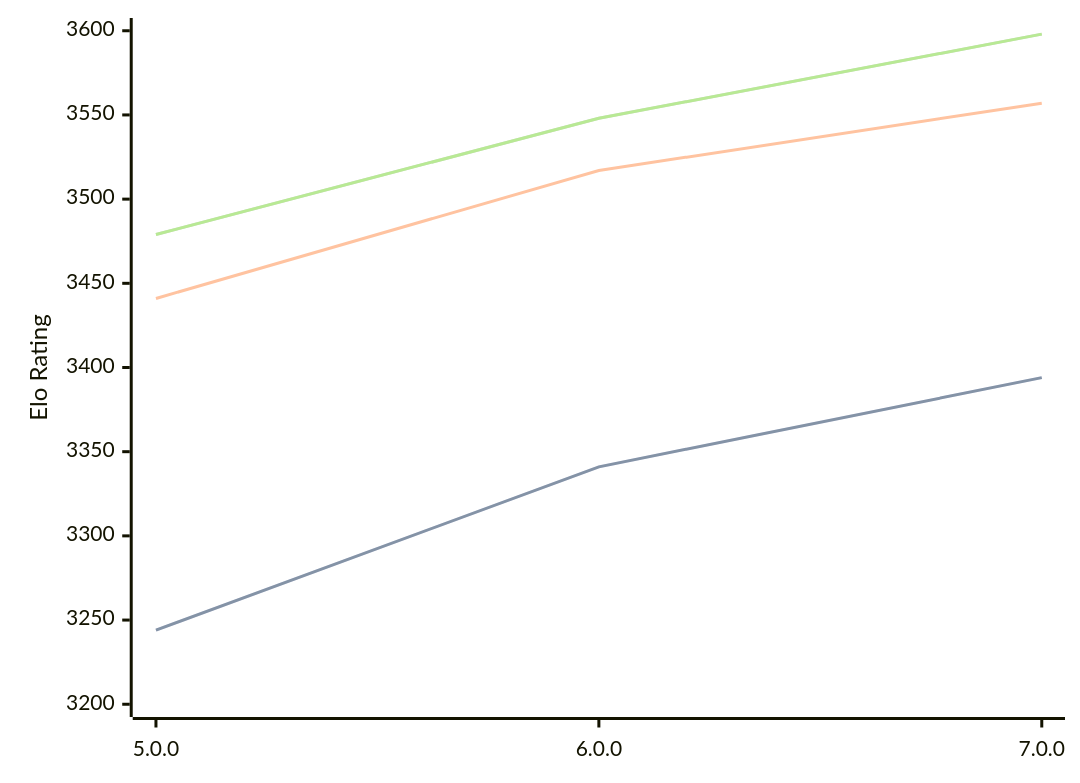
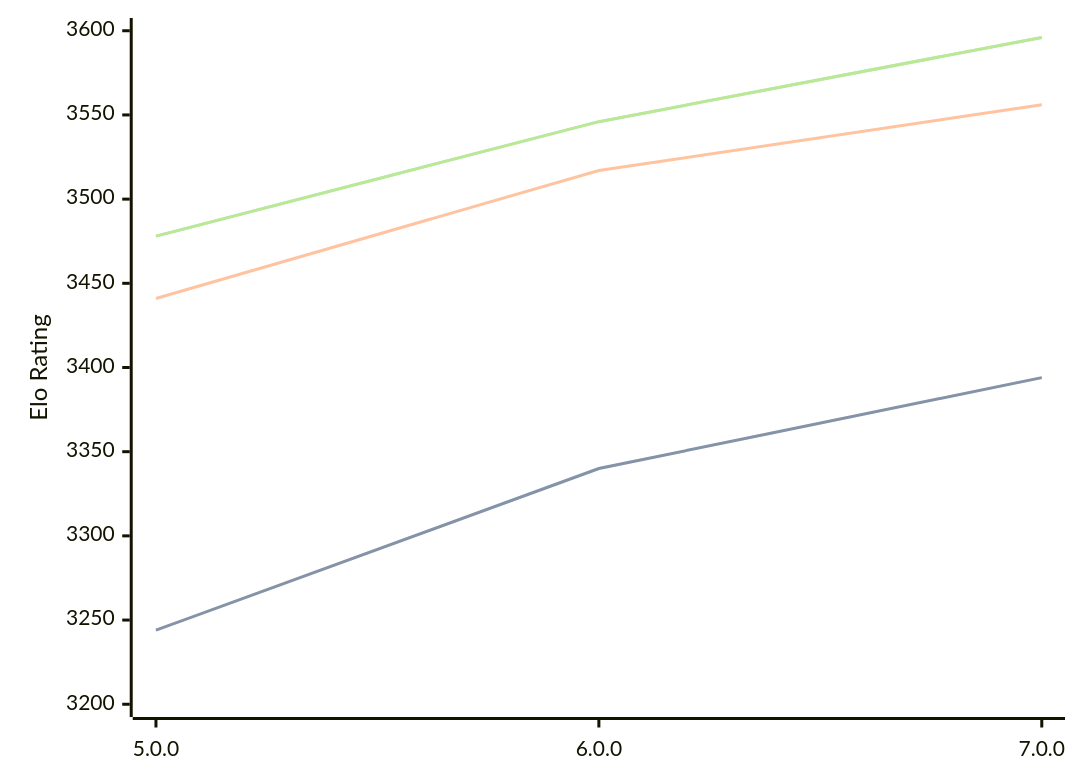
The diagram in engines/Stormphrax.md (computer-chess-index/cci), drawn with Mermaid before and after one commit. The commit also changed other lines of this file, not shown here.

Commit message:
Update CCI Ratings (ELO VLTC) - 2026-03-04

````diff
--- a/engines/Stormphrax.md
+++ b/engines/Stormphrax.md
@@ -36,11 +36,11 @@
 ```mermaid
 %%{init: {"theme":"base","themeVariables":{"seriesColors:['#a3a3a3','#222221','#faa371']}}}%%
 xychart-beta
   x-axis ["5.0.0", "6.0.0", "7.0.0"]
   y-axis "Elo Rating" 3200 --> 3600
-  line "STC (8.0+0.08s)" [3244, 3341, 3394]
-  line "STC (8.0+0.08s)" [3244, 3341, 3394]
-  line "LTC (60.0+0.60s)" [3441, 3517, 3557]
-  line "VLTC (2m24s+1.12s)" [3479, 3548, 3598]
-  line "VLTC (2m24s+1.12s)" [3479, 3548, 3598]
+  line "STC (8.0+0.08s)" [3244, 3340, 3394]
+  line "STC (8.0+0.08s)" [3244, 3340, 3394]
+  line "LTC (60.0+0.60s)" [3441, 3517, 3556]
+  line "VLTC (2m24s+1.12s)" [3478, 3546, 3596]
+  line "VLTC (2m24s+1.12s)" [3478, 3546, 3596]
 ```
````
